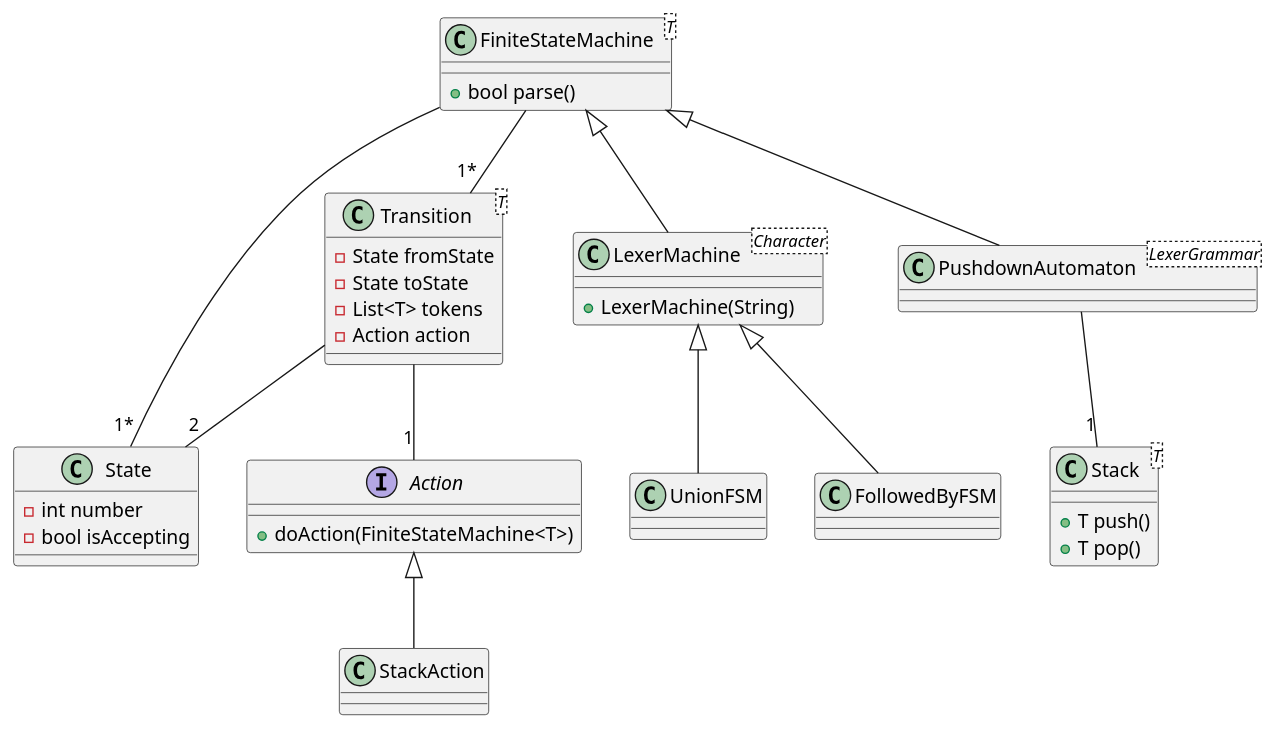
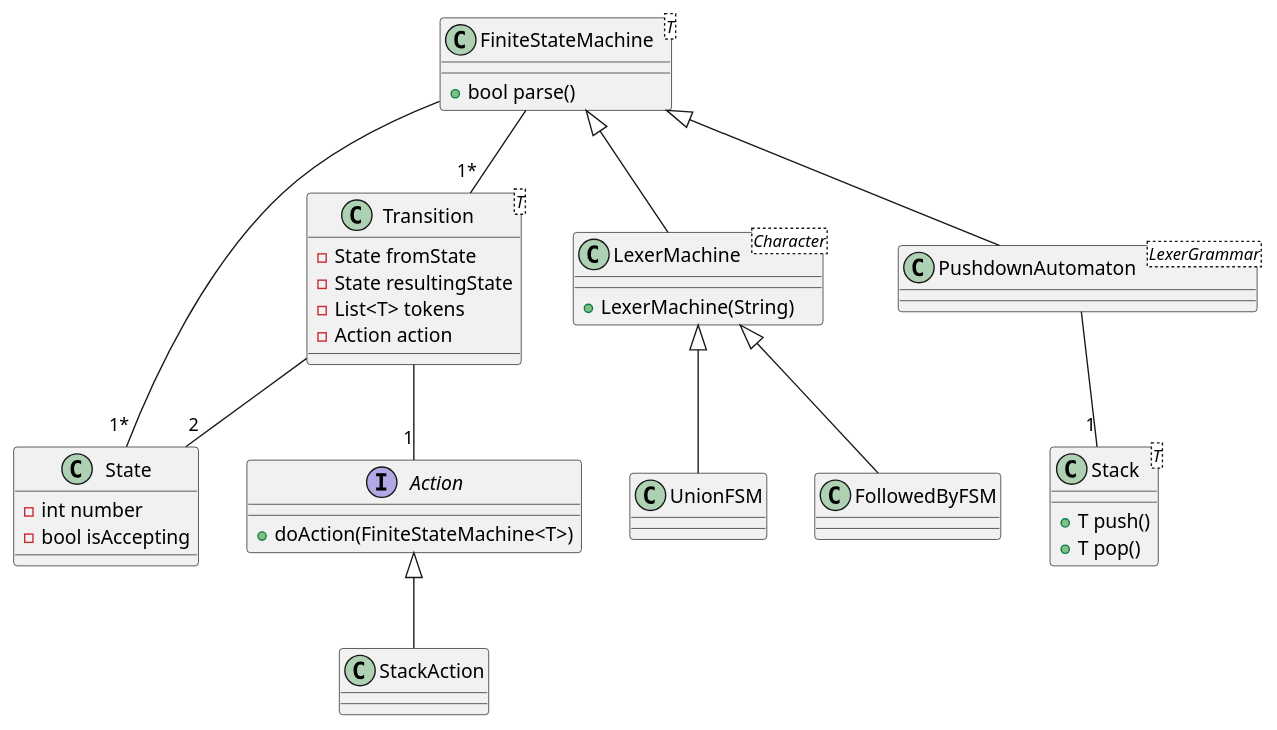
Before and after one commit to DomParfitt/tortuga: the diagram in core/src/main/resources/Tortuga.puml, drawn with PlantUML.

Commit message:
Updated field name

```diff
--- a/core/src/main/resources/Tortuga.puml
+++ b/core/src/main/resources/Tortuga.puml
@@ -1,59 +1,59 @@
 @startuml
 
 class FiniteStateMachine<T> {
     +bool parse()
 }
 
 class Transition<T> {
     -State fromState
-    -State toState
+    -State resultingState
     -List<T> tokens
     -Action action
 
 }
 
 class State {
     - int number
     - bool isAccepting
 }
 
 interface Action {
     +doAction(FiniteStateMachine<T>)
 }
 
 
 class LexerMachine<Character> {
     +LexerMachine(String)
 }
 
 class UnionFSM
 
 class FollowedByFSM
 
 class PushdownAutomaton<LexerGrammar>
 
 class Stack<T> {
     +T push()
     +T pop()
 }
 
 class StackAction {
 }
 
 FiniteStateMachine <|-- LexerMachine
 FiniteStateMachine <|-- PushdownAutomaton
 
 LexerMachine <|-- UnionFSM
 LexerMachine <|-- FollowedByFSM
 
 FiniteStateMachine -- "1*" Transition
 FiniteStateMachine -- "1*" State
 
 Transition -- "2" State
 Transition -- "1" Action
 
 PushdownAutomaton -- "1" Stack
 
 Action <|-- StackAction
 
 @enduml
```
